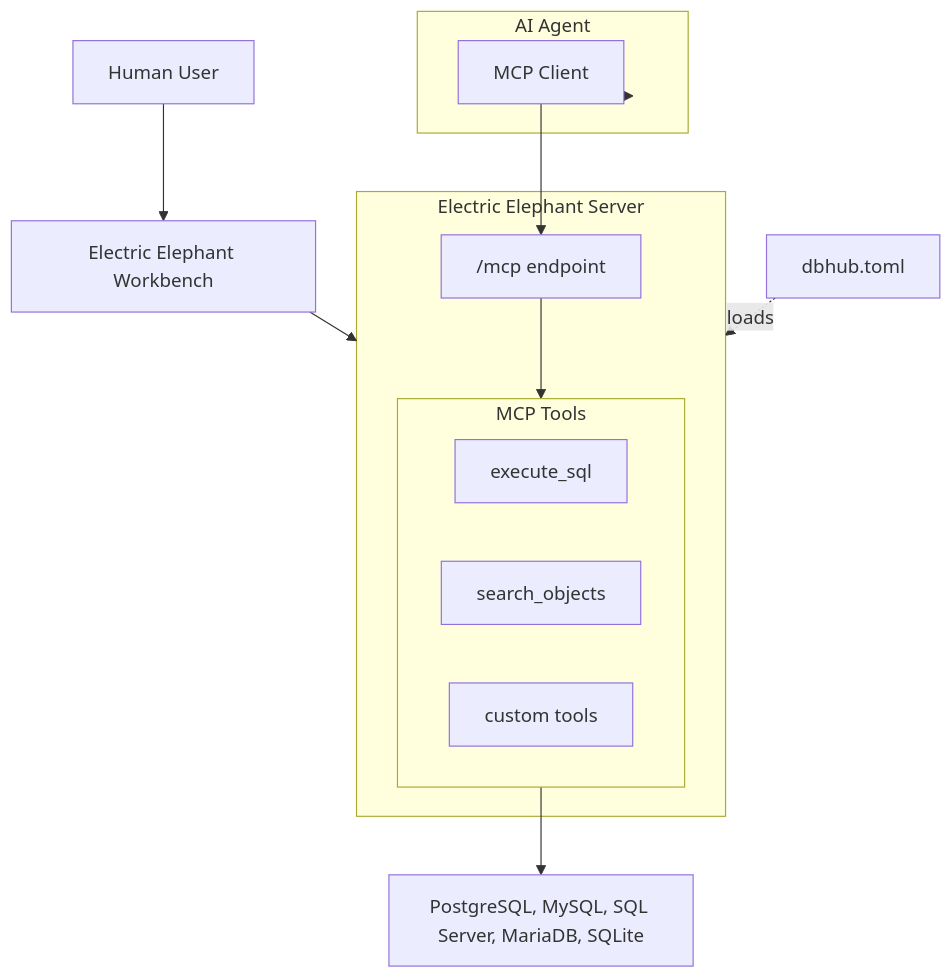
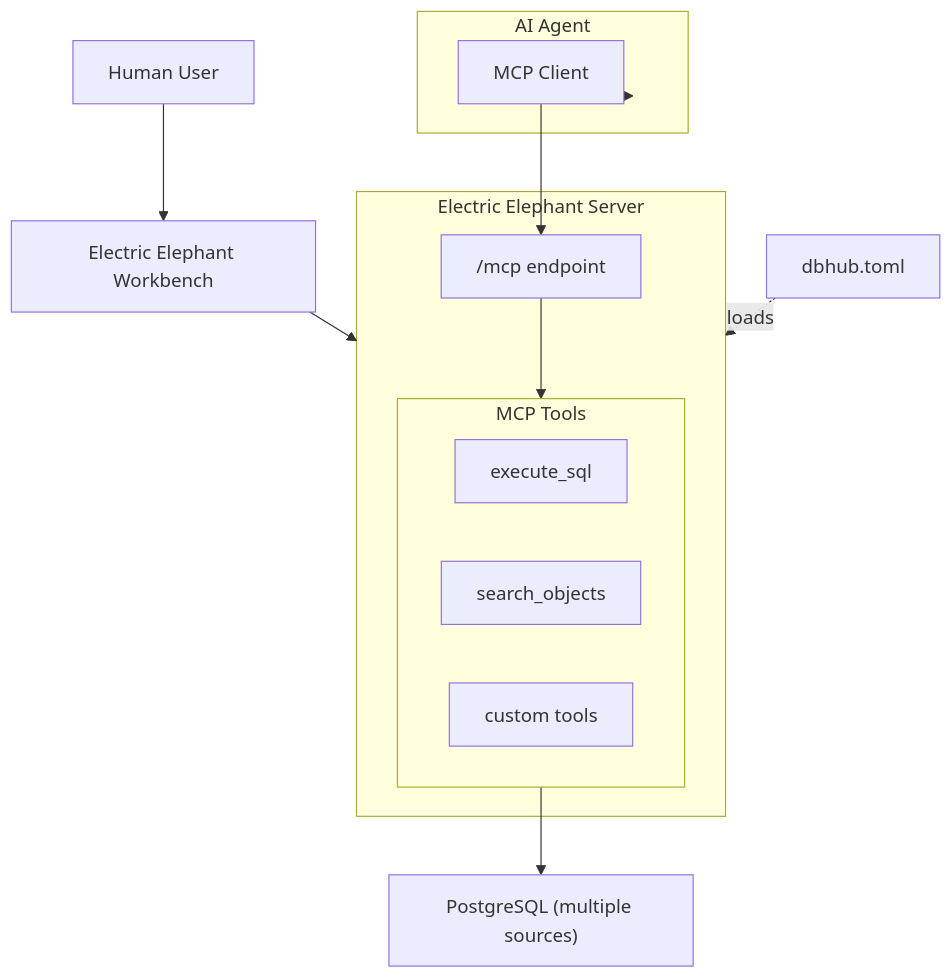
Before and after one commit to ajgreyling/electric-elephant: the diagram in docs/index.mdx, drawn with Mermaid. The commit also changed other lines of this file and 99 other files, not shown here.

````diff
--- a/docs/index.mdx
+++ b/docs/index.mdx
@@ -65,40 +58,40 @@
 ```mermaid
 flowchart TB
     %% Human User
     User["Human User"]
 
     %% Workbench
     WB["Electric Elephant Workbench"]
 
     %% AI Agent with MCP Client
     subgraph Agent["AI Agent"]
         MC["MCP Client"]
     end
 
     %% Configuration
     Config["dbhub.toml"]
 
     %% Electric Elephant server
     subgraph EE["Electric Elephant Server"]
         MCP["/mcp endpoint"]
         subgraph Tools["MCP Tools"]
             ES["execute_sql"]
             SO["search_objects"]
             CT["custom tools"]
         end
     end
 
     %% Databases
-    Databases["PostgreSQL, MySQL, SQL Server, MariaDB, SQLite"]
+    Databases["PostgreSQL (multiple sources)"]
 
     %% Connections
     User --> WB
     WB --> EE
 
     Agent --> MC
     MC --> MCP
     MCP --> Tools
 
     Config -.->|loads| EE
     Tools --> Databases
 ```
````
